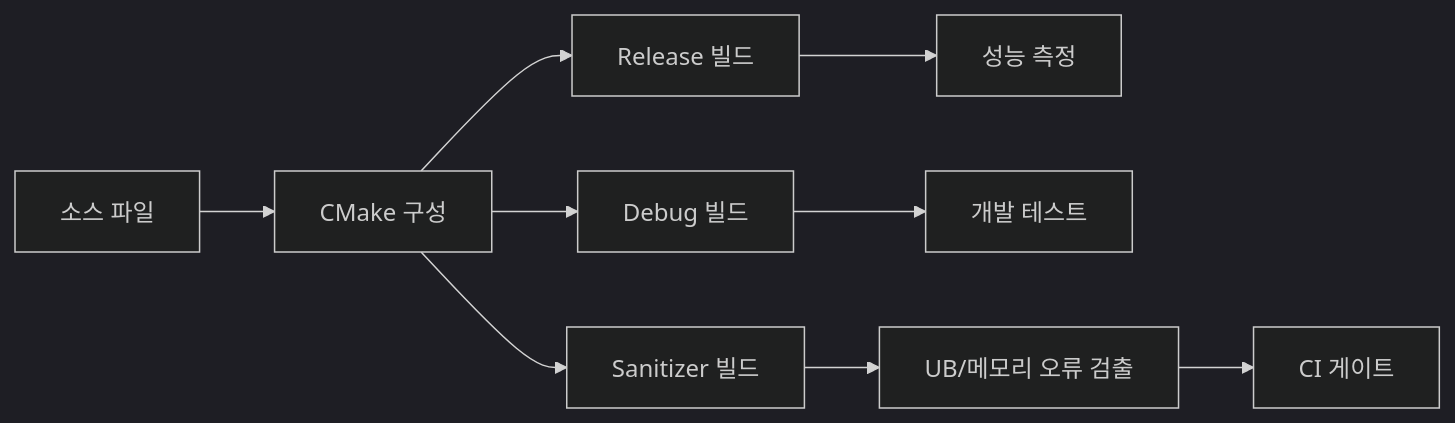
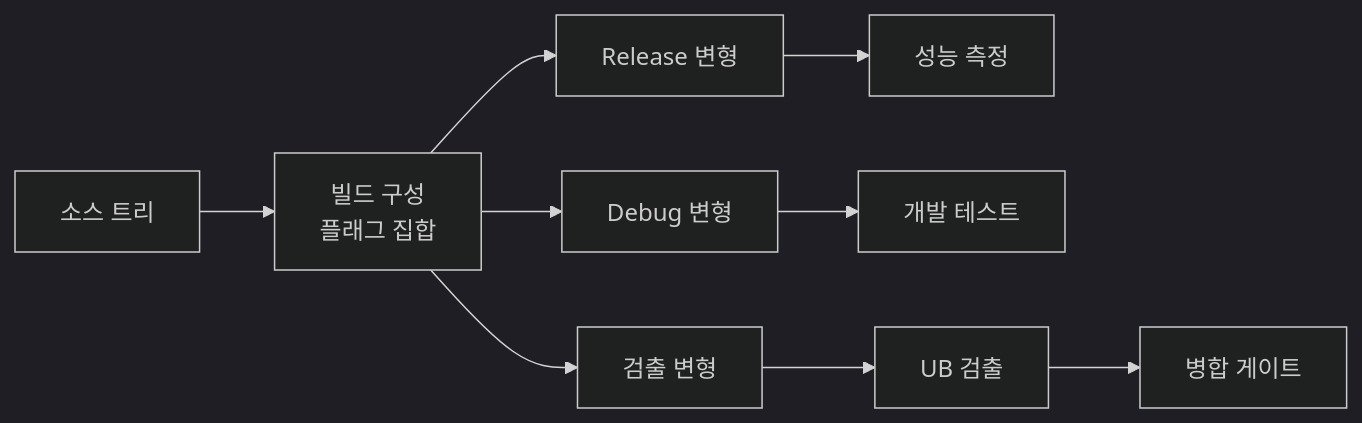
Before and after one commit to Rein-ArXiv/game-dev-curriculum: the second of 2 diagrams in parts/part16_compiler_ub.md, drawn with Mermaid (dark theme). The commit also changed other lines of this file and 258 other files, not shown here.

````diff
--- a/parts/part16_compiler_ub.md
+++ b/parts/part16_compiler_ub.md
@@ -928,11 +771,11 @@
 ```mermaid
 flowchart LR
-    Source[소스 파일] --> CMake[CMake 구성]
-    CMake --> Release[Release 빌드]
-    CMake --> Debug[Debug 빌드]
-    CMake --> San[Sanitizer 빌드]
+    Source[소스 트리] --> Conf[빌드 구성<br/>플래그 집합]
+    Conf --> Release[Release 변형]
+    Conf --> Debug[Debug 변형]
+    Conf --> San[검출 변형]
     Release --> Bench[성능 측정]
     Debug --> DevTest[개발 테스트]
-    San --> UBCheck[UB/메모리 오류 검출]
-    UBCheck --> CI[CI 게이트]
+    San --> UBCheck[UB 검출]
+    UBCheck --> Gate[병합 게이트]
 ```
````
